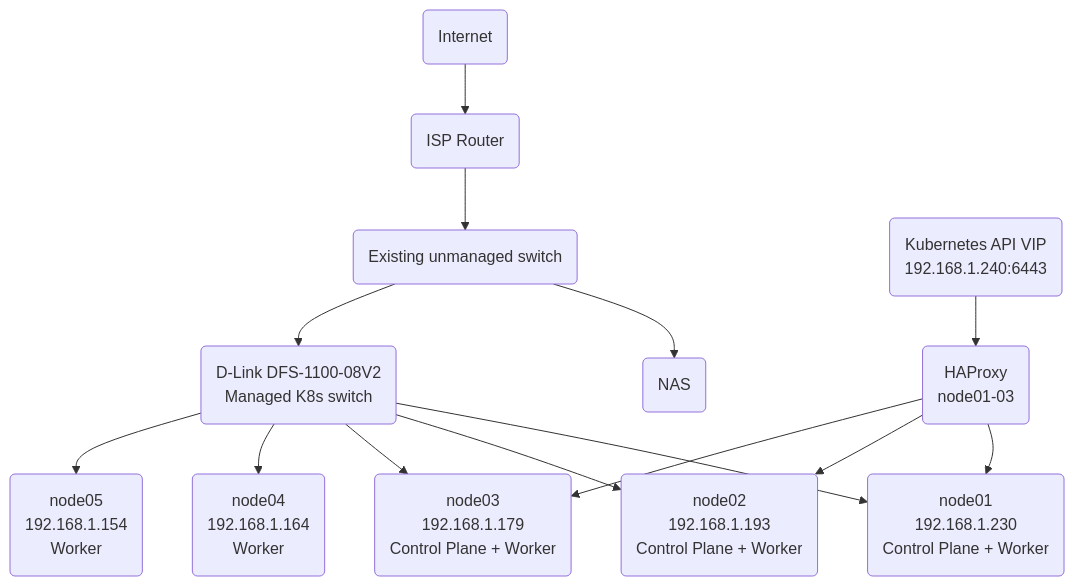
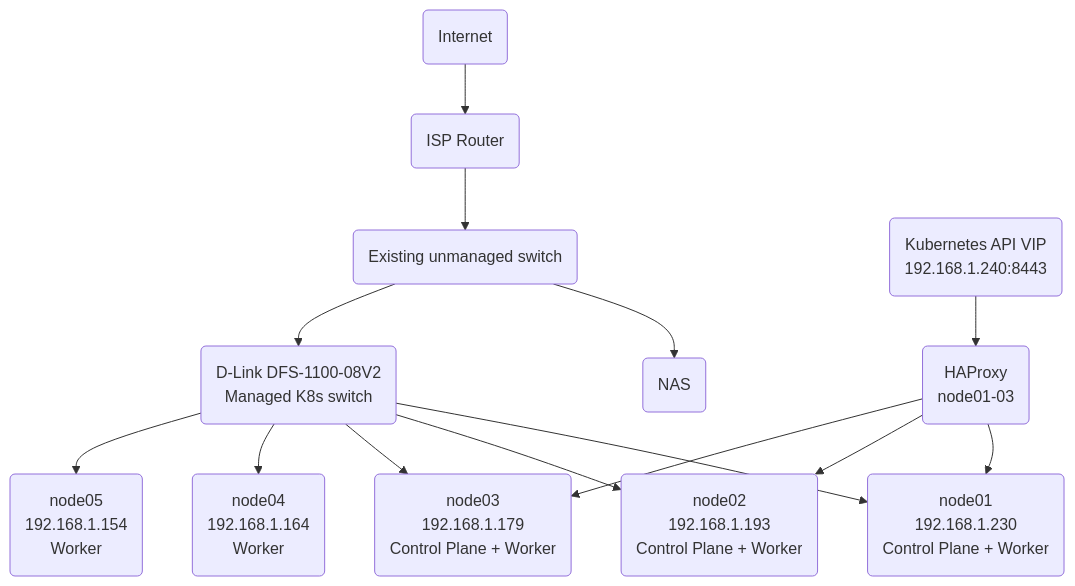
The second of 2 diagrams in docs/architecture.md (Andrew-Farquhar/bare-metal-kubernetes-lab), drawn with Mermaid before and after one commit.

Commit message:
Update Kubernetes API VIP port from 6443 to 8443

````diff
--- a/docs/architecture.md
+++ b/docs/architecture.md
@@ -58,33 +58,33 @@
 ```mermaid
 graph TD
     Internet(Internet)
     ISPRouter(ISP Router)
     Switch1("Existing unmanaged switch")
     K8sSwitch("D-Link DFS-1100-08V2<br>Managed K8s switch")
 
     Internet --> ISPRouter
     ISPRouter --> Switch1
 
     NAS(NAS)
     Switch1 --> NAS
     Switch1 --> K8sSwitch
 
     Node1("node01<br>192.168.1.230<br>Control Plane + Worker")
     Node2("node02<br>192.168.1.193<br>Control Plane + Worker")
     Node3("node03<br>192.168.1.179<br>Control Plane + Worker")
     Node4("node04<br>192.168.1.164<br>Worker")
     Node5("node05<br>192.168.1.154<br>Worker")
 
     K8sSwitch --> Node1
     K8sSwitch --> Node2
     K8sSwitch --> Node3
     K8sSwitch --> Node4
     K8sSwitch --> Node5
 
-    VIP("Kubernetes API VIP<br>192.168.1.240:6443")
+    VIP("Kubernetes API VIP<br>192.168.1.240:8443")
     HAProxy("HAProxy<br>node01-03")
     VIP --> HAProxy
     HAProxy --> Node1
     HAProxy --> Node2
     HAProxy --> Node3
 ```
````
